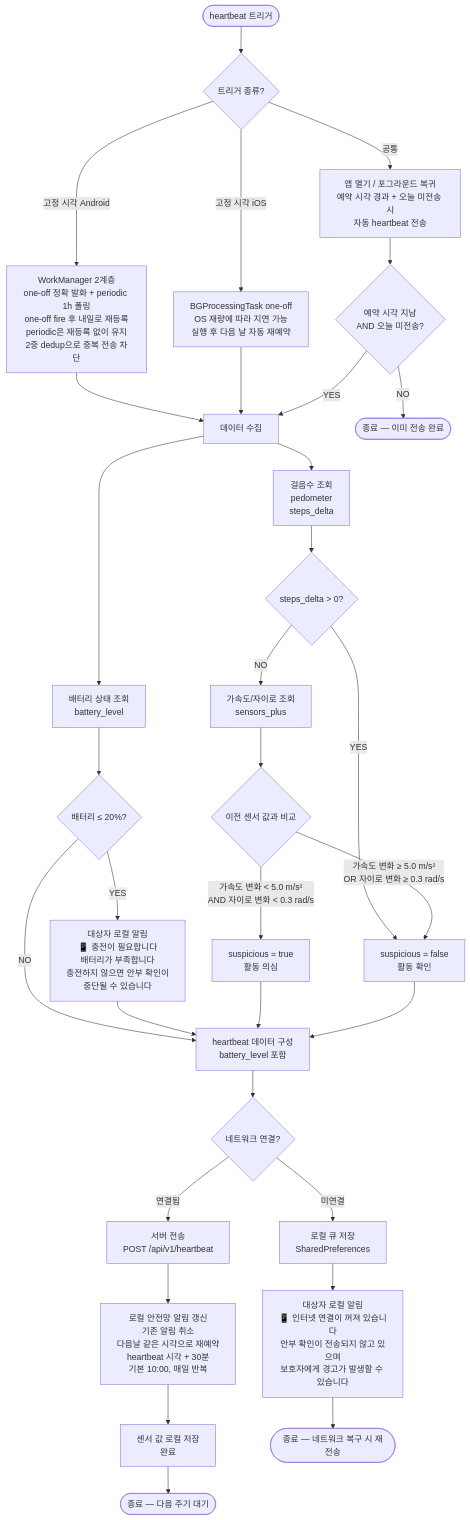
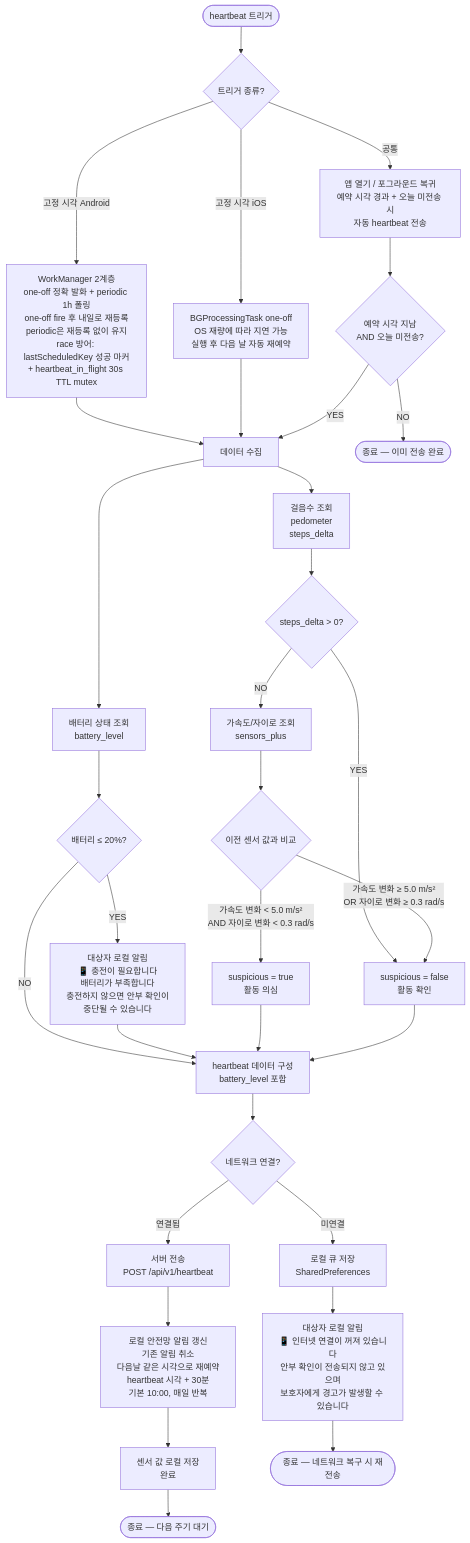
Before and after one commit to l10s18bok/kr.co.anbucheck: the first of 8 diagrams in .claude/rules/heartbeat_flowchart.md, drawn with Mermaid. The commit also changed other lines of this file and 7 other files, not shown here.

First line of the commit message:
수정: heartbeat race 방어 역할 분리 + 재진입 가드 + 401 복구 예외

````diff
--- a/.claude/rules/heartbeat_flowchart.md
+++ b/.claude/rules/heartbeat_flowchart.md
@@ -25,54 +25,54 @@
 ```mermaid
 flowchart TD
     Start([heartbeat 트리거])
     Start --> Trigger
 
     Trigger{트리거 종류?}
-    Trigger -->|고정 시각 Android| WM[WorkManager 2계층<br/>one-off 정확 발화 + periodic 1h 폴링<br/>one-off fire 후 내일로 재등록<br/>periodic은 재등록 없이 유지<br/>2중 dedup으로 중복 전송 차단]
+    Trigger -->|고정 시각 Android| WM[WorkManager 2계층<br/>one-off 정확 발화 + periodic 1h 폴링<br/>one-off fire 후 내일로 재등록<br/>periodic은 재등록 없이 유지<br/>race 방어: lastScheduledKey 성공 마커<br/>+ heartbeat_in_flight 30s TTL mutex]
     Trigger -->|고정 시각 iOS| BG[BGProcessingTask one-off<br/>OS 재량에 따라 지연 가능<br/>실행 후 다음 날 자동 재예약]
     Trigger -->|공통| FG[앱 열기 / 포그라운드 복귀<br/>예약 시각 경과 + 오늘 미전송 시<br/>자동 heartbeat 전송]
 
     WM --> Collect
     BG --> Collect
     FG --> FGCheck{예약 시각 지남<br/>AND 오늘 미전송?}
     FGCheck -->|YES| Collect
     FGCheck -->|NO| End0([종료 — 이미 전송 완료])
 
     Collect[데이터 수집]
     Collect --> Steps[걸음수 조회<br/>pedometer<br/>steps_delta]
     Collect --> Battery[배터리 상태 조회<br/>battery_level]
 
     Steps --> StepsCheck{steps_delta > 0?}
     StepsCheck -->|YES| Normal[suspicious = false<br/>활동 확인]
     StepsCheck -->|NO| Sensor[가속도/자이로 조회<br/>sensors_plus]
 
     Sensor --> Compare{이전 센서 값과 비교}
     Compare -->|가속도 변화 < 5.0 m/s²<br/>AND 자이로 변화 < 0.3 rad/s| Suspicious[suspicious = true<br/>활동 의심]
     Compare -->|가속도 변화 ≥ 5.0 m/s²<br/>OR 자이로 변화 ≥ 0.3 rad/s| Normal
 
     Battery --> BattCheck{배터리 ≤ 20%?}
     BattCheck -->|YES| SubjectNoti[대상자 로컬 알림<br/>📱 충전이 필요합니다<br/>배터리가 부족합니다<br/>충전하지 않으면 안부 확인이<br/>중단될 수 있습니다]
     BattCheck -->|NO| Build
 
     SubjectNoti --> Build
 
     Suspicious --> Build
     Normal --> Build
 
     Build[heartbeat 데이터 구성<br/>battery_level 포함]
 
     Build --> Network{네트워크 연결?}
 
     Network -->|연결됨| Send[서버 전송<br/>POST /api/v1/heartbeat]
     Network -->|미연결| Queue[로컬 큐 저장<br/>SharedPreferences]
 
     Queue --> LocalNoti1[대상자 로컬 알림<br/>📱 인터넷 연결이 꺼져 있습니다<br/>안부 확인이 전송되지 않고 있으며<br/>보호자에게 경고가 발생할 수 있습니다]
 
     Send --> AlarmReset[로컬 안전망 알림 갱신<br/>기존 알림 취소<br/>다음날 같은 시각으로 재예약<br/>heartbeat 시각 + 30분<br/>기본 10:00, 매일 반복]
 
     AlarmReset --> SaveEnd[센서 값 로컬 저장<br/>완료]
 
     SaveEnd --> End1([종료 — 다음 주기 대기])
 
     LocalNoti1 --> End2([종료 — 네트워크 복구 시 재전송])
 ```
````
